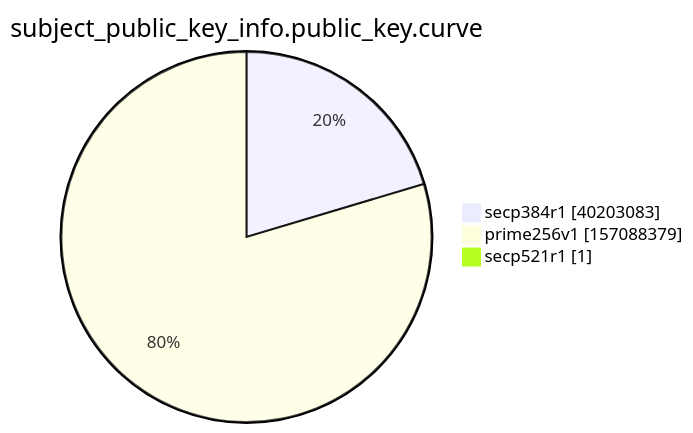
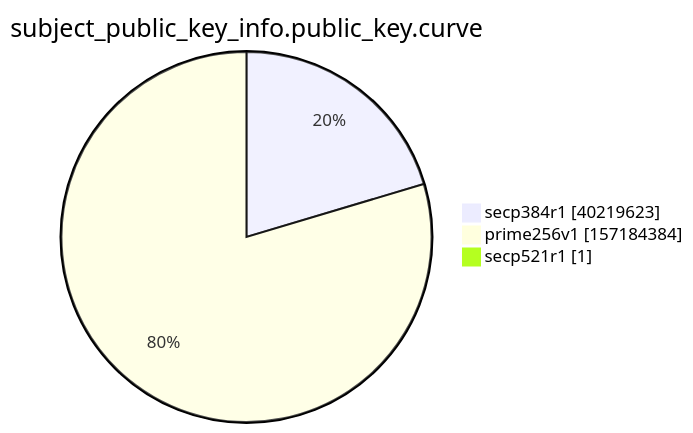
Before and after one commit to christiankrug/ctmonitor_visualization: the ninth of 15 diagrams in xenon2022/README.md, drawn with Mermaid. The commit also changed other lines of this file, not shown here.

````diff
--- a/xenon2022/README.md
+++ b/xenon2022/README.md
@@ -2866,7 +2866,7 @@
 ```mermaid
 pie showData
 title subject_public_key_info.public_key.curve
-"secp384r1" :40203083
-"prime256v1" :157088379
+"secp384r1" :40219623
+"prime256v1" :157184384
 "secp521r1" :1
 ```
````
